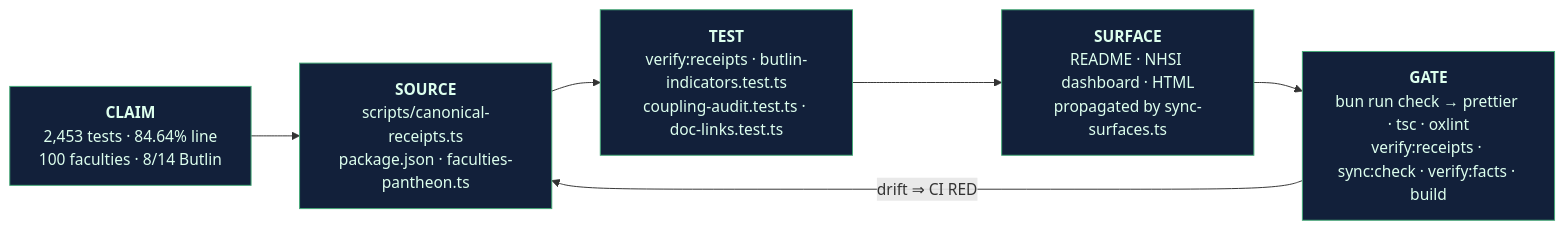
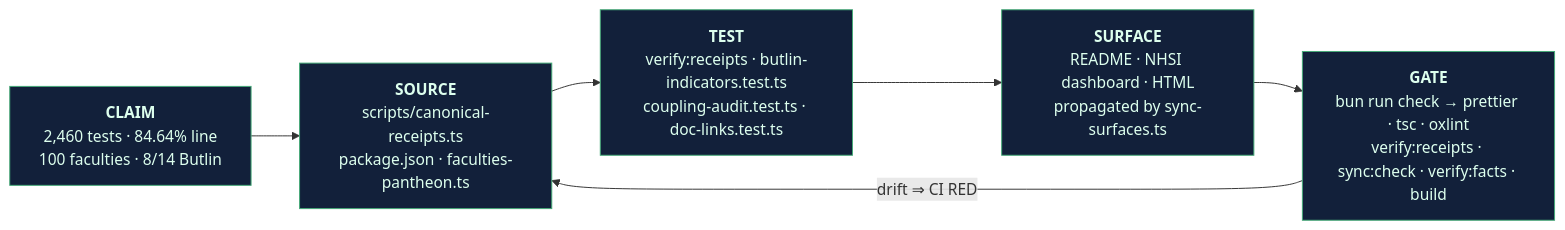
The tenth of 16 diagrams in docs/BRAIN-NEUROLOGY-CONSCIOUSNESS-ENGINEERING-ASSESSMENT-2026-07-06.md (0thernes/cosmogonic-quantum-mechalogodrom), drawn with Mermaid before and after one commit. The commit also changed other lines of this file and 23 other files, not shown here.

````diff
--- a/docs/BRAIN-NEUROLOGY-CONSCIOUSNESS-ENGINEERING-ASSESSMENT-2026-07-06.md
+++ b/docs/BRAIN-NEUROLOGY-CONSCIOUSNESS-ENGINEERING-ASSESSMENT-2026-07-06.md
@@ -1791,12 +1791,12 @@
 ```mermaid
 flowchart LR
-    A["<b>CLAIM</b><br/>2,453 tests · 84.64% line<br/>100 faculties · 8/14 Butlin"]
+    A["<b>CLAIM</b><br/>2,460 tests · 84.64% line<br/>100 faculties · 8/14 Butlin"]
     B["<b>SOURCE</b><br/>scripts/canonical-receipts.ts<br/>package.json · faculties-pantheon.ts"]
     T["<b>TEST</b><br/>verify:receipts · butlin-indicators.test.ts<br/>coupling-audit.test.ts · doc-links.test.ts"]
     S["<b>SURFACE</b><br/>README · NHSI dashboard · HTML<br/>propagated by sync-surfaces.ts"]
     G["<b>GATE</b><br/>bun run check → prettier · tsc · oxlint<br/>verify:receipts · sync:check · verify:facts · build"]
     A --> B --> T --> S --> G
     G -->|"drift ⇒ CI RED"| B
     classDef n fill:#12203a,stroke:#4a7,color:#dfe;
     class A,B,T,S,G n;
 ```
````
